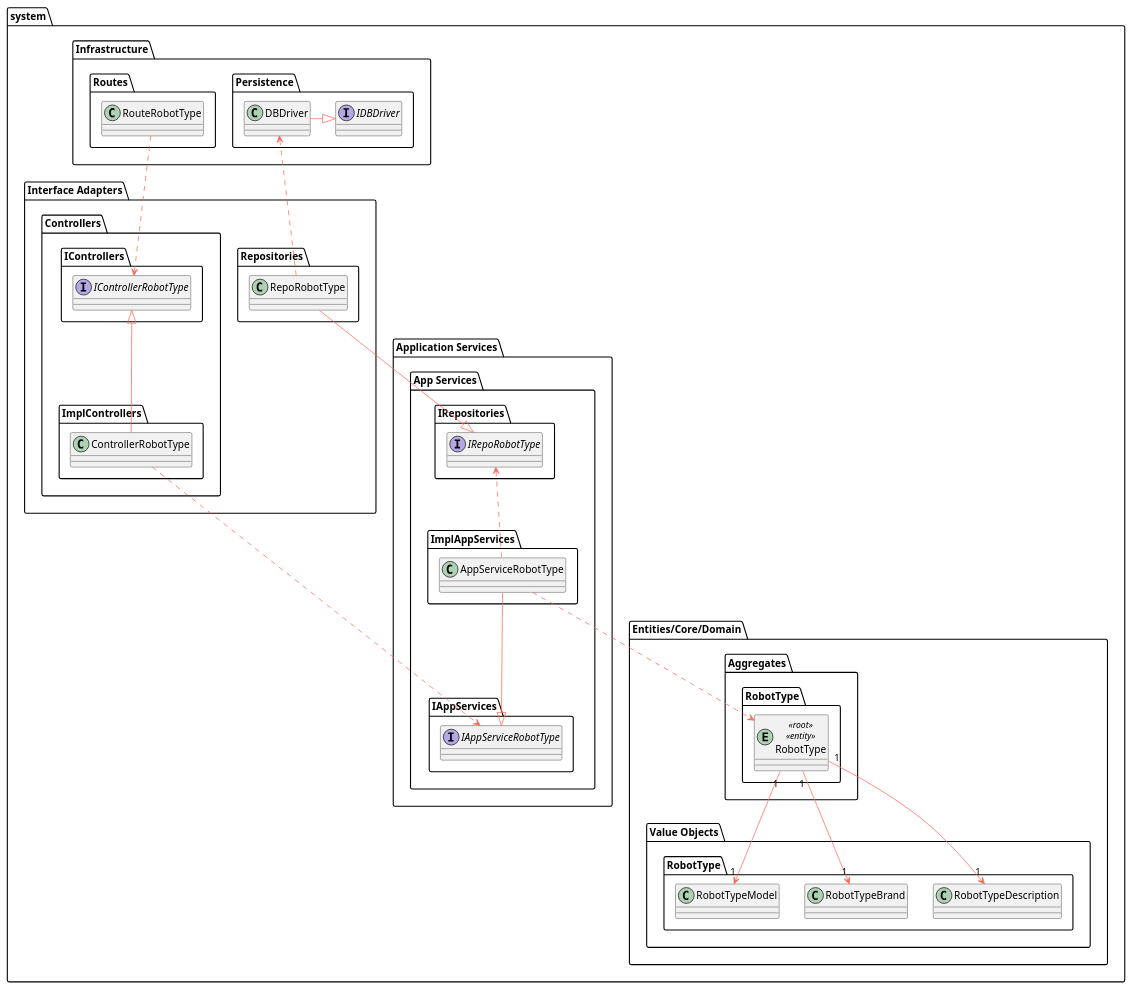
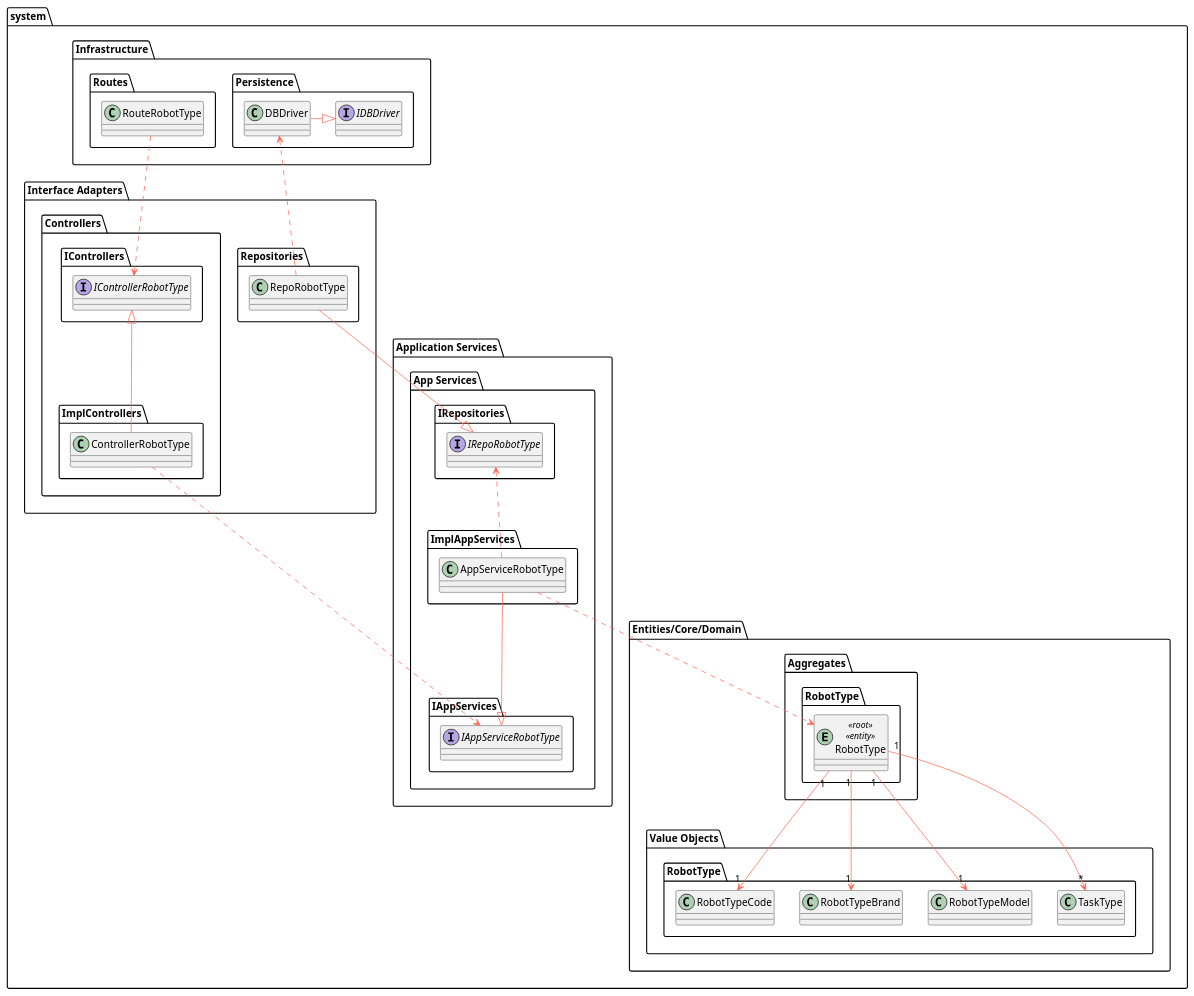
One commit to Departamento-de-Engenharia-Informatica/lapr5-23-24-g19 changed the diagram in docs/us350/level3/class-diagram.puml. Above: the diagram before and after it, drawn with PlantUML. The commit also changed 19 other files, not shown here.

```diff
--- a/docs/us350/level3/class-diagram.puml
+++ b/docs/us350/level3/class-diagram.puml
@@ -1,108 +1,110 @@
 @startuml
 
 skinparam component {
     FontSize 16
     BackgroundColor<<Apache>> LightCoral
     BorderColor<<Apache>> #FF6655
     FontName Courier
     BorderColor black
     BackgroundColor DeepSkyBlue
     ArrowFontName Impact
     ArrowColor #FF6655
 }
 
 package system {
     package "Infrastructure" {
         package "Persistence" {
             interface IDBDriver
             class DBDriver
         }
 
         package "Routes" {
             class RouteRobotType
         }
 
         DBDriver -right-|> IDBDriver
     }
 
     package "Interface Adapters" {
         package "Controllers" {
             package "IControllers" {
                 interface IControllerRobotType
             }
 
             package "ImplControllers" {
                 class ControllerRobotType
             }
             ControllerRobotType -up-|> IControllerRobotType
         }
 
         package "Repositories" {
             class RepoRobotType
 
         }
 
         RepoRobotType .up.> DBDriver
 
 
         RouteRobotType ..> IControllerRobotType
     }
 
     package "Application Services" {
         package "App Services" {
             package "IAppServices" {
                 interface IAppServiceRobotType
             }
 
             package "ImplAppServices" {
                 class AppServiceRobotType
             }
 
             AppServiceRobotType --|> IAppServiceRobotType
 
             package "IRepositories" {
                 interface IRepoRobotType
 
             }
 
             RepoRobotType --|> IRepoRobotType
 
         }
 
         ControllerRobotType ..> IAppServiceRobotType
 
         AppServiceRobotType .up.> IRepoRobotType
 
     }
 
     package "Entities/Core/Domain" {
         package "Aggregates" {
 
 
             package "RobotType" as a_building {
                 entity RobotType <<root>> <<entity>>
             }
         }
 
 
 
         package "Value Objects" {
             package "RobotType" as vo_building {
-                class RobotTypeDescription
+                class RobotTypeCode
                 class RobotTypeBrand
                 class RobotTypeModel
+                class TaskType
             }
         }
 
-        RobotType "1" --> "1" RobotTypeDescription
+        RobotType "1" --> "1" RobotTypeCode
         RobotType "1" --> "1" RobotTypeBrand
         RobotType "1" --> "1" RobotTypeModel
+        RobotType "1" ---> "*" TaskType
 
         AppServiceRobotType ..> RobotType
 
         'package "Services" {
         '}
     }
 }
 
 @enduml
```
